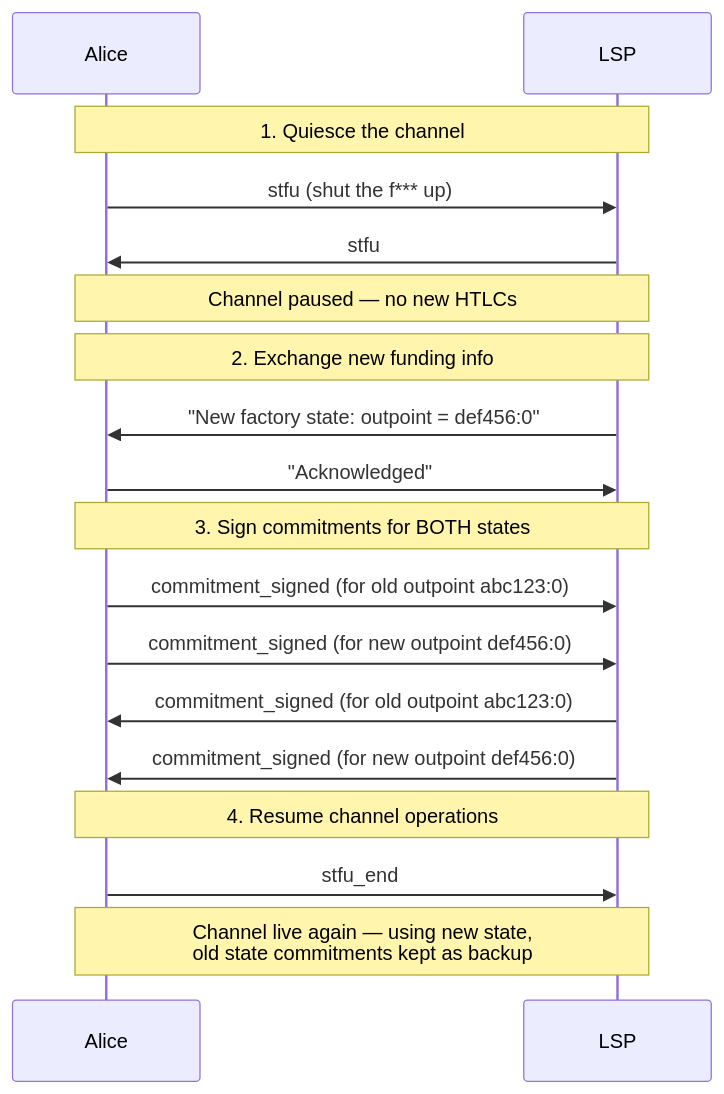
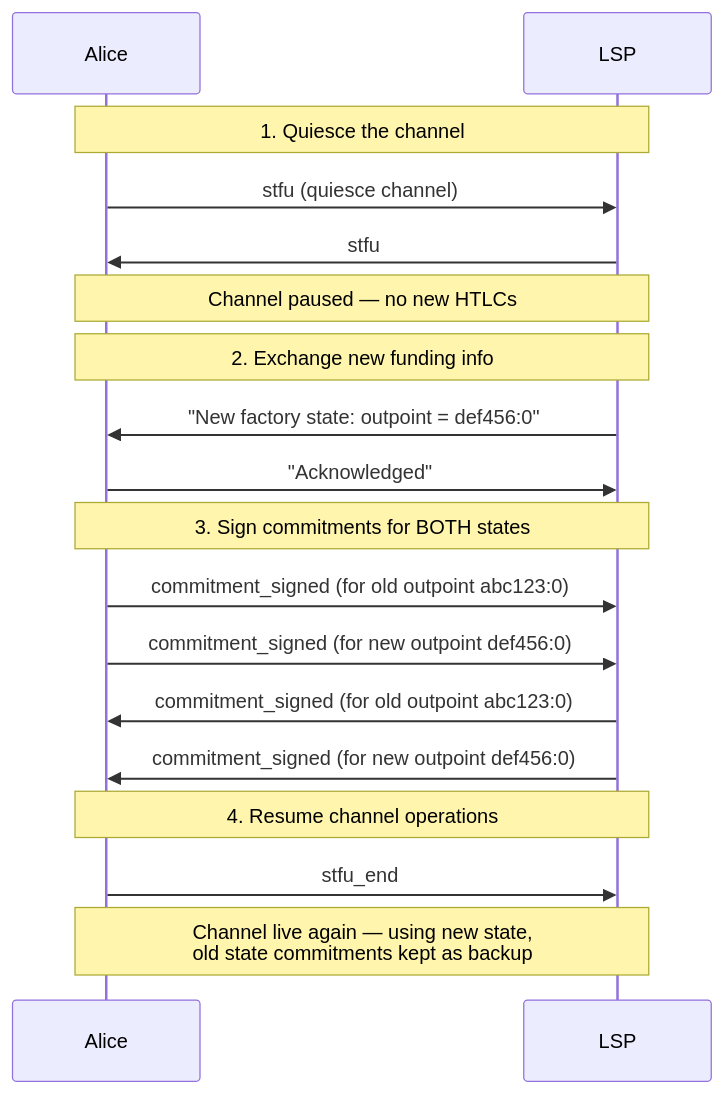
The second of 2 diagrams in extensions/dual-state-management.md (8144225309/superscalar-docs), drawn with Mermaid before and after one commit. The commit also changed other lines of this file and 13 other files, not shown here.

````diff
--- a/extensions/dual-state-management.md
+++ b/extensions/dual-state-management.md
@@ -36,24 +36,24 @@
 ```mermaid
 sequenceDiagram
     participant A as Alice
     participant L as LSP
 
     Note over A,L: 1. Quiesce the channel
-    A->>L: stfu (shut the f*** up)
+    A->>L: stfu (quiesce channel)
     L->>A: stfu
     Note over A,L: Channel paused — no new HTLCs
 
     Note over A,L: 2. Exchange new funding info
     L->>A: "New factory state: outpoint = def456:0"
     A->>L: "Acknowledged"
 
     Note over A,L: 3. Sign commitments for BOTH states
     A->>L: commitment_signed (for old outpoint abc123:0)
     A->>L: commitment_signed (for new outpoint def456:0)
     L->>A: commitment_signed (for old outpoint abc123:0)
     L->>A: commitment_signed (for new outpoint def456:0)
 
     Note over A,L: 4. Resume channel operations
     A->>L: stfu_end
     Note over A,L: Channel live again — using new state,<br/>old state commitments kept as backup
 ```
````
